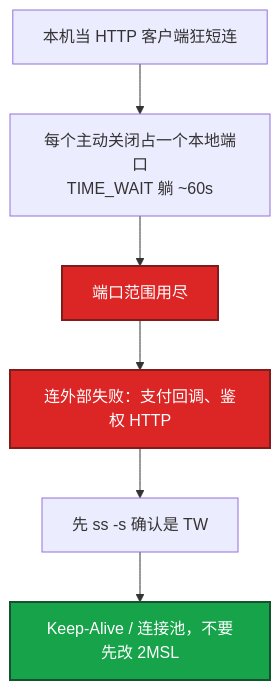
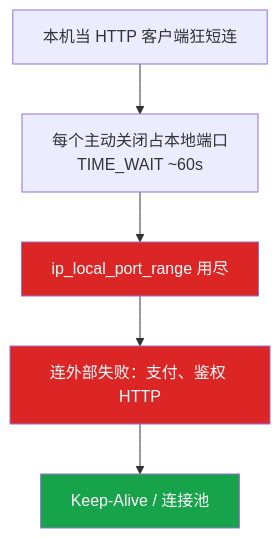
One commit to ml-cuizijun/LearnToLilith changed the sixth of 9 diagrams in 02-基础底座/06-网络栈与Socket/知识点.md. Above: the diagram before and after it, drawn with Mermaid. The commit also changed other lines of this file and 213 other files, not shown here.

````diff
--- a/02-基础底座/06-网络栈与Socket/知识点.md
+++ b/02-基础底座/06-网络栈与Socket/知识点.md
@@ -234,13 +194,12 @@
 ```mermaid
 flowchart TB
-    A[本机当 HTTP 客户端狂短连] --> B["每个主动关闭占一个本地端口<br/>TIME_WAIT 躺 ~60s"]
-    B --> C[端口范围用尽]
-    C --> D[连外部失败：支付回调、鉴权 HTTP]
-    D --> E[先 ss -s 确认是 TW]
-    E --> F[Keep-Alive / 连接池，不要先改 2MSL]
+    A[本机当 HTTP 客户端狂短连] --> B["每个主动关闭占本地端口<br/>TIME_WAIT ~60s"]
+    B --> C[ip_local_port_range 用尽]
+    C --> D[连外部失败：支付、鉴权 HTTP]
+    D --> E[Keep-Alive / 连接池]
 
-    classDef bad fill:#DC2626,stroke:#7F1D1D,stroke-width:2px,color:#fff
-    classDef ok fill:#16A34A,stroke:#14532D,stroke-width:2px,color:#fff
+    classDef bad fill:#DC2626,color:#fff
+    classDef ok fill:#16A34A,color:#fff
     class C,D bad
-    class F ok
+    class E ok
 ```
````
